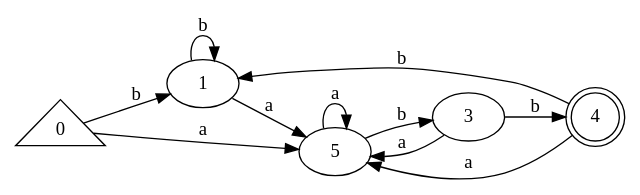
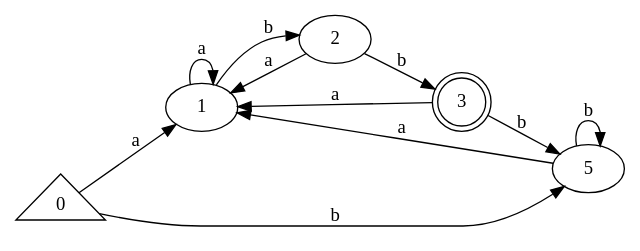
Before and after one commit to guillermoSb/UVG_Compis1_Lab: the diagram in automaton.gv, drawn with Graphviz. The commit also changed 4 other files, not shown here.

```diff
--- a/automaton.gv
+++ b/automaton.gv
@@ -1,18 +1,18 @@
 digraph {
 	graph [rankdir=LR]
 	0 [shape=triangle]
 	1
+	2
+	3 [shape=doublecircle]
 	5
-	3
-	4 [shape=doublecircle]
-	0 -> 5 [label=a]
-	0 -> 1 [label=b]
-	1 -> 5 [label=a]
-	1 -> 1 [label=b]
-	5 -> 5 [label=a]
-	5 -> 3 [label=b]
-	3 -> 5 [label=a]
-	3 -> 4 [label=b]
-	4 -> 5 [label=a]
-	4 -> 1 [label=b]
+	0 -> 5 [label=b]
+	0 -> 1 [label=a]
+	1 -> 2 [label=b]
+	1 -> 1 [label=a]
+	2 -> 3 [label=b]
+	2 -> 1 [label=a]
+	3 -> 5 [label=b]
+	3 -> 1 [label=a]
+	5 -> 5 [label=b]
+	5 -> 1 [label=a]
 }
```
